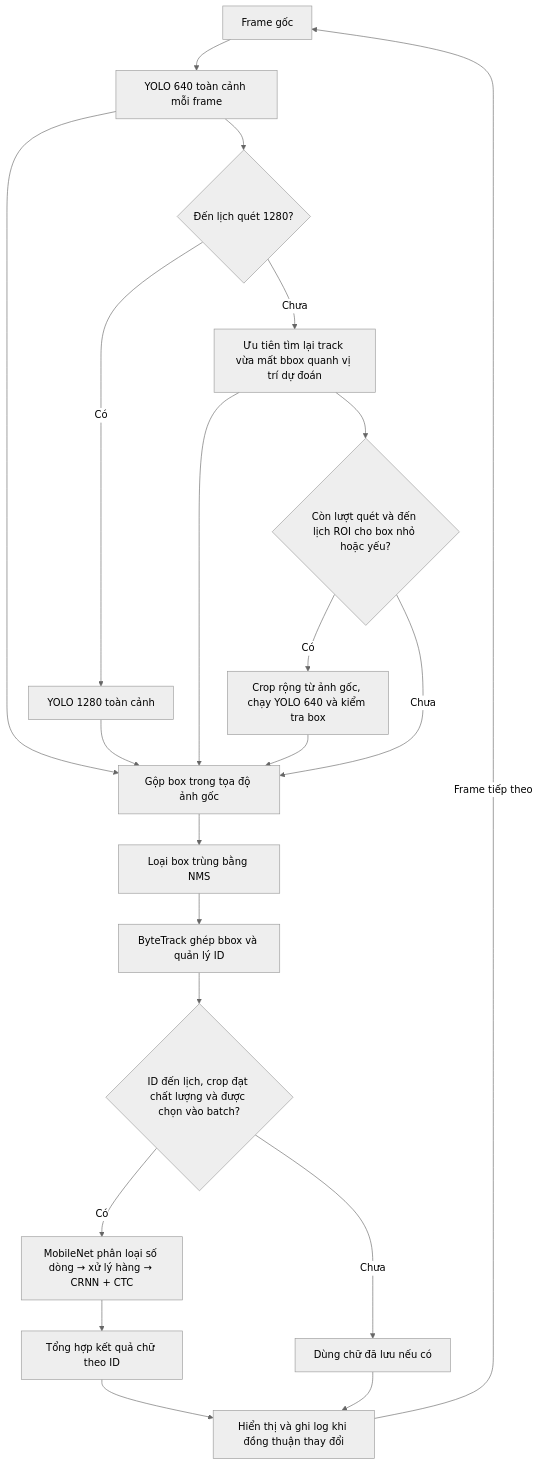
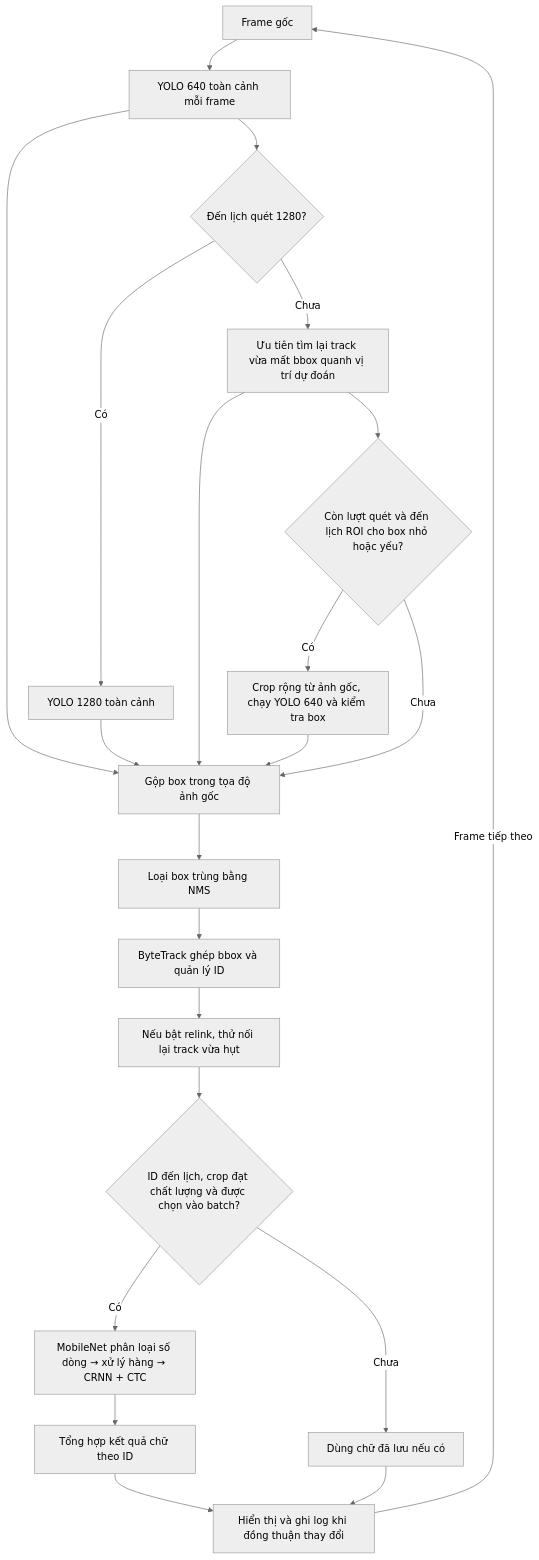
Before and after one commit to thetreeee/License-plate-recognize-Yolo-CNN: the diagram in README.md, drawn with Mermaid (neutral theme). The commit also changed other lines of this file and 5 other files, not shown here.

````diff
--- a/README.md
+++ b/README.md
@@ -29,23 +29,24 @@
 ```mermaid
 flowchart TD
     A["Frame gốc"] --> B["YOLO 640 toàn cảnh mỗi frame"]
     B --> G["Gộp box trong tọa độ ảnh gốc"]
     B --> H{"Đến lịch quét 1280?"}
     H -->|Có| Y["YOLO 1280 toàn cảnh"]
     H -->|Chưa| F["Ưu tiên tìm lại track vừa mất bbox quanh vị trí dự đoán"]
     F --> G
     F --> R{"Còn lượt quét và đến lịch ROI cho box nhỏ hoặc yếu?"}
     R -->|Có| C["Crop rộng từ ảnh gốc, chạy YOLO 640 và kiểm tra box"]
     R -->|Chưa| G
     Y --> G
     C --> G
     G --> N["Loại box trùng bằng NMS"]
     N --> T["ByteTrack ghép bbox và quản lý ID"]
-    T --> O{"ID đến lịch, crop đạt chất lượng và được chọn vào batch?"}
+    T --> K["Nếu bật relink, thử nối lại track vừa hụt"]
+    K --> O{"ID đến lịch, crop đạt chất lượng và được chọn vào batch?"}
     O -->|Có| M["MobileNet phân loại số dòng → xử lý hàng → CRNN + CTC"]
     M --> V["Tổng hợp kết quả chữ theo ID"]
     O -->|Chưa| U["Dùng chữ đã lưu nếu có"]
     V --> D["Hiển thị và ghi log khi đồng thuận thay đổi"]
     U --> D
     D -->|Frame tiếp theo| A
 ```
````
